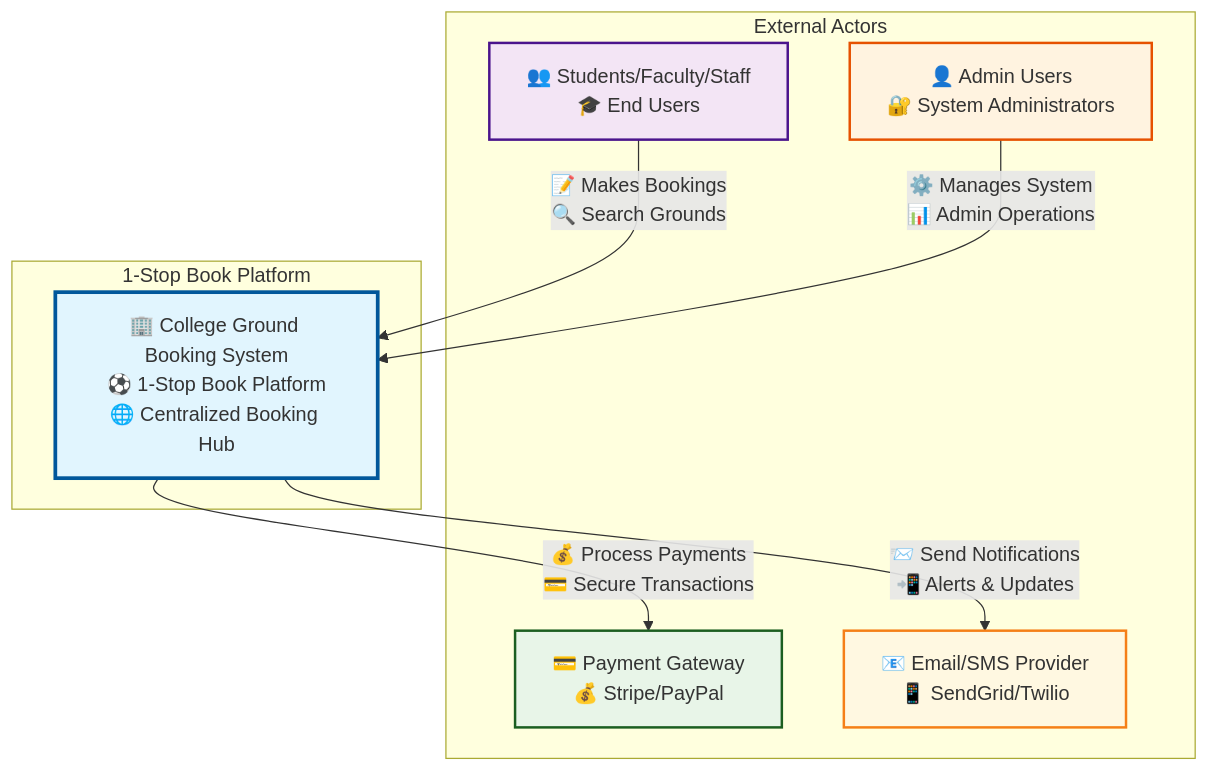
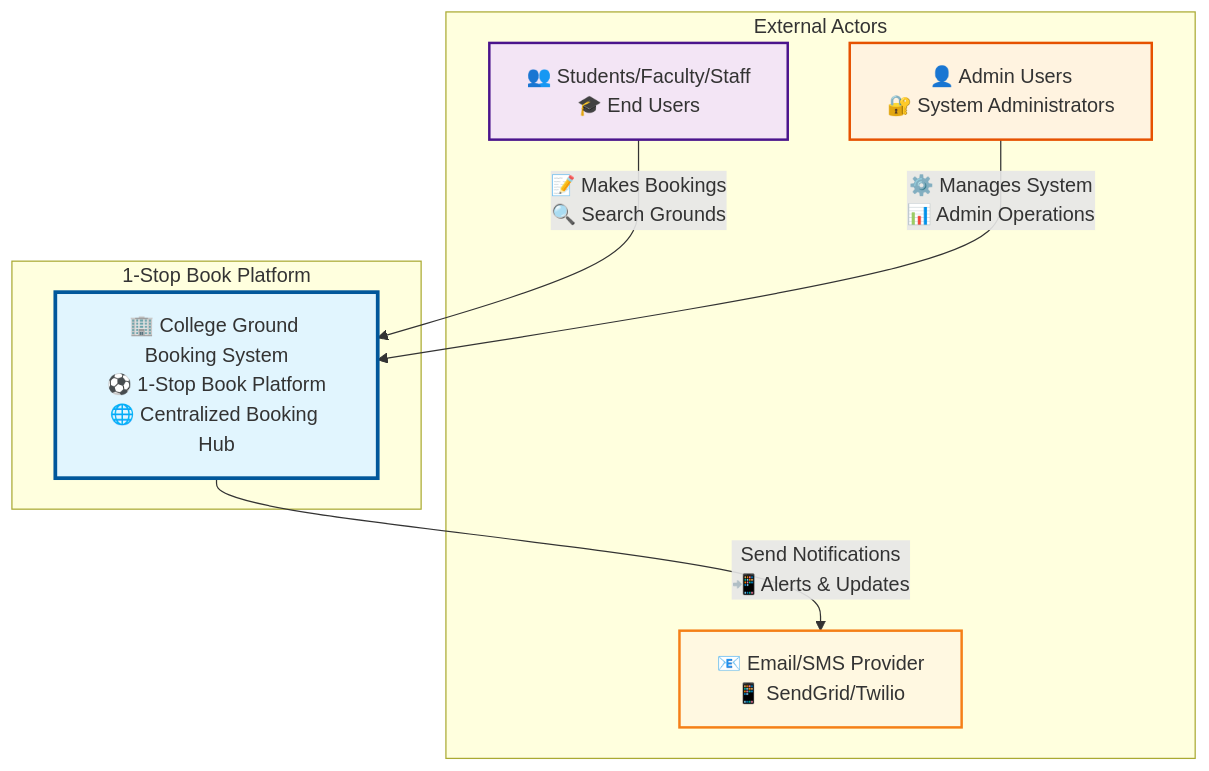
Before and after one commit to Rynorbu/document-: the third of 9 diagrams in diagram.md, drawn with Mermaid. The commit also changed other lines of this file and 5 other files, not shown here.

````diff
--- a/diagram.md
+++ b/diagram.md
@@ -41,24 +163,21 @@
 ```mermaid
 graph TB
     subgraph "External Actors"
         U["👥 Students/Faculty/Staff<br/>🎓 End Users"]
         A["👤 Admin Users<br/>🔐 System Administrators"]
-        P["💳 Payment Gateway<br/>💰 Stripe/PayPal"]
         E["📧 Email/SMS Provider<br/>📱 SendGrid/Twilio"]
     end
     
     subgraph "1-Stop Book Platform"
         SYS["🏢 College Ground Booking System<br/>⚽ 1-Stop Book Platform<br/>🌐 Centralized Booking Hub"]
     end
     
     U -->|📝 Makes Bookings<br/>🔍 Search Grounds| SYS
     A -->|⚙️ Manages System<br/>📊 Admin Operations| SYS
-    SYS -->|💰 Process Payments<br/>💳 Secure Transactions| P
-    SYS -->|📨 Send Notifications<br/>📲 Alerts & Updates| E
+    SYS -->| Send Notifications<br/>📲 Alerts & Updates| E
     
     style SYS fill:#e1f5fe,stroke:#01579b,stroke-width:3px
     style U fill:#f3e5f5,stroke:#4a148c,stroke-width:2px
     style A fill:#fff3e0,stroke:#e65100,stroke-width:2px
-    style P fill:#e8f5e8,stroke:#1b5e20,stroke-width:2px
     style E fill:#fff8e1,stroke:#f57f17,stroke-width:2px
 ```
````
